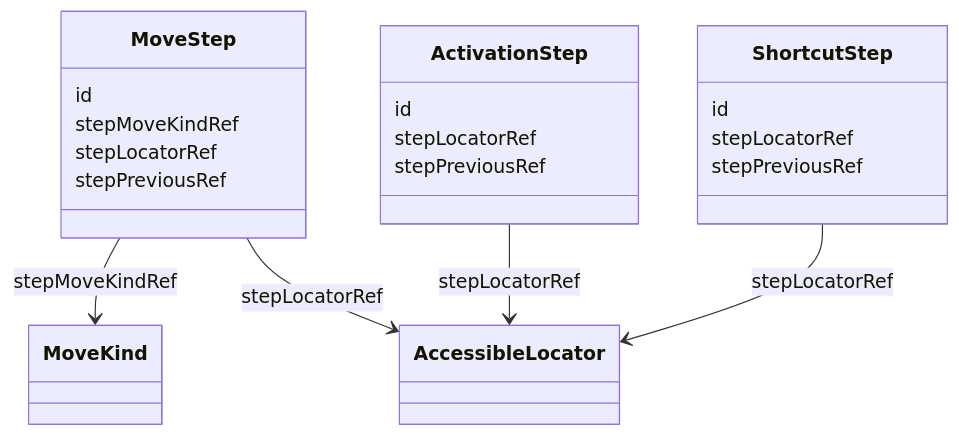
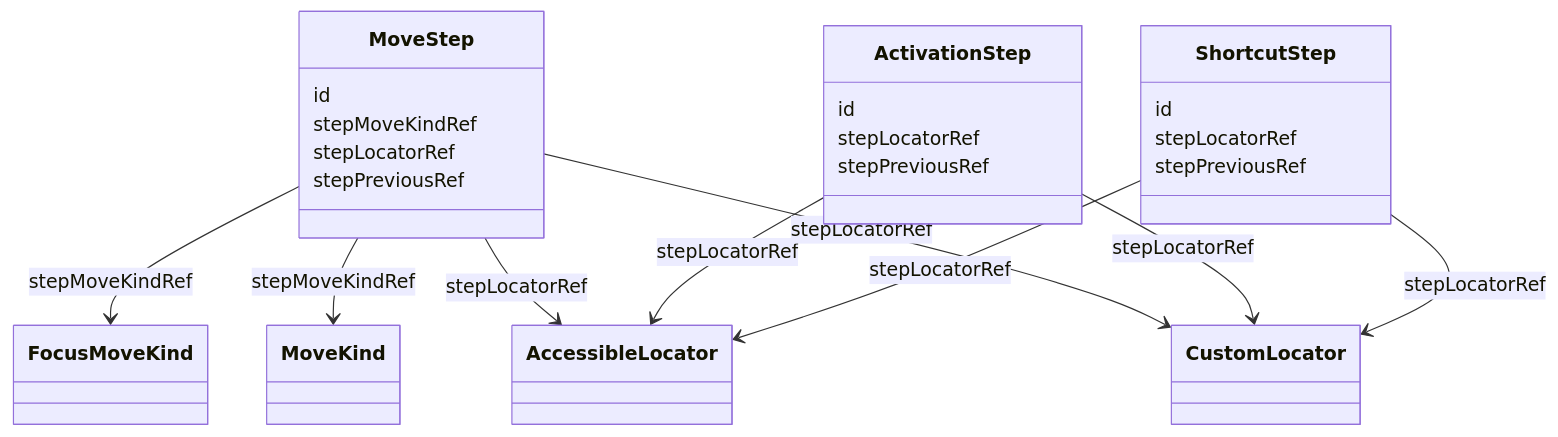
One commit to openuji/spec-ujg changed the second of 5 diagrams in specs/ed/modules/operability/index.md. Above: the diagram before and after it, drawn with Mermaid. The commit also changed other lines of this file and 8 other files, not shown here.

Commit message:
introduce separate focus move kind

````diff
--- a/specs/ed/modules/operability/index.md
+++ b/specs/ed/modules/operability/index.md
@@ -189,25 +198,31 @@
 ```mermaid
 classDiagram
+  class FocusMoveKind
   class MoveKind
   class AccessibleLocator
+  class CustomLocator
   class MoveStep {
     id
     stepMoveKindRef
     stepLocatorRef
     stepPreviousRef
   }
   class ActivationStep {
     id
     stepLocatorRef
     stepPreviousRef
   }
   class ShortcutStep {
     id
     stepLocatorRef
     stepPreviousRef
   }
+  MoveStep --> FocusMoveKind : stepMoveKindRef
   MoveStep --> MoveKind : stepMoveKindRef
   MoveStep --> AccessibleLocator : stepLocatorRef
   ActivationStep --> AccessibleLocator : stepLocatorRef
   ShortcutStep --> AccessibleLocator : stepLocatorRef
+  MoveStep --> CustomLocator : stepLocatorRef
+  ActivationStep --> CustomLocator : stepLocatorRef
+  ShortcutStep --> CustomLocator : stepLocatorRef
 ```
````
